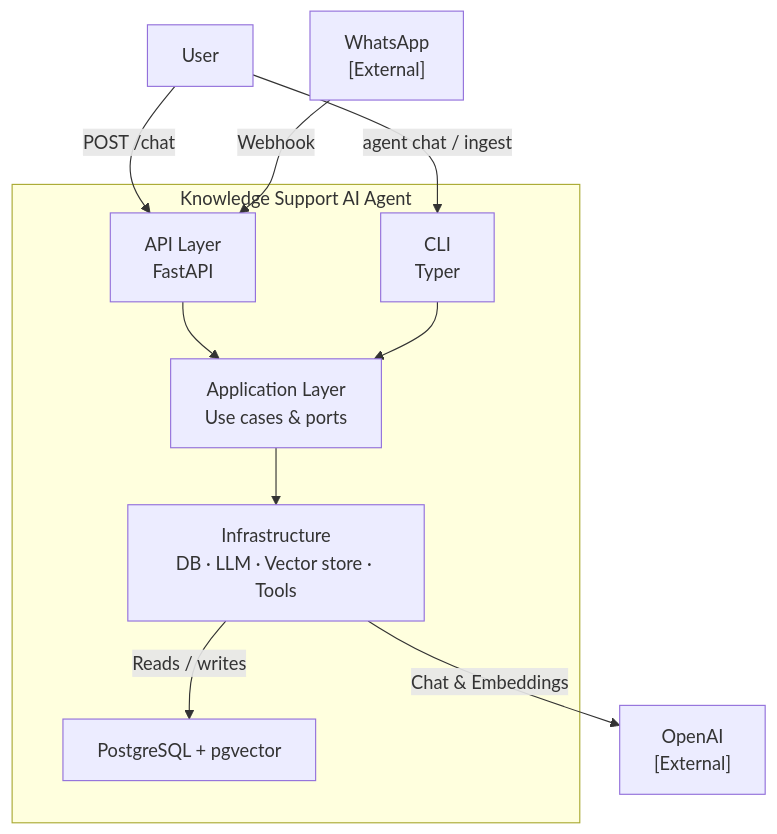
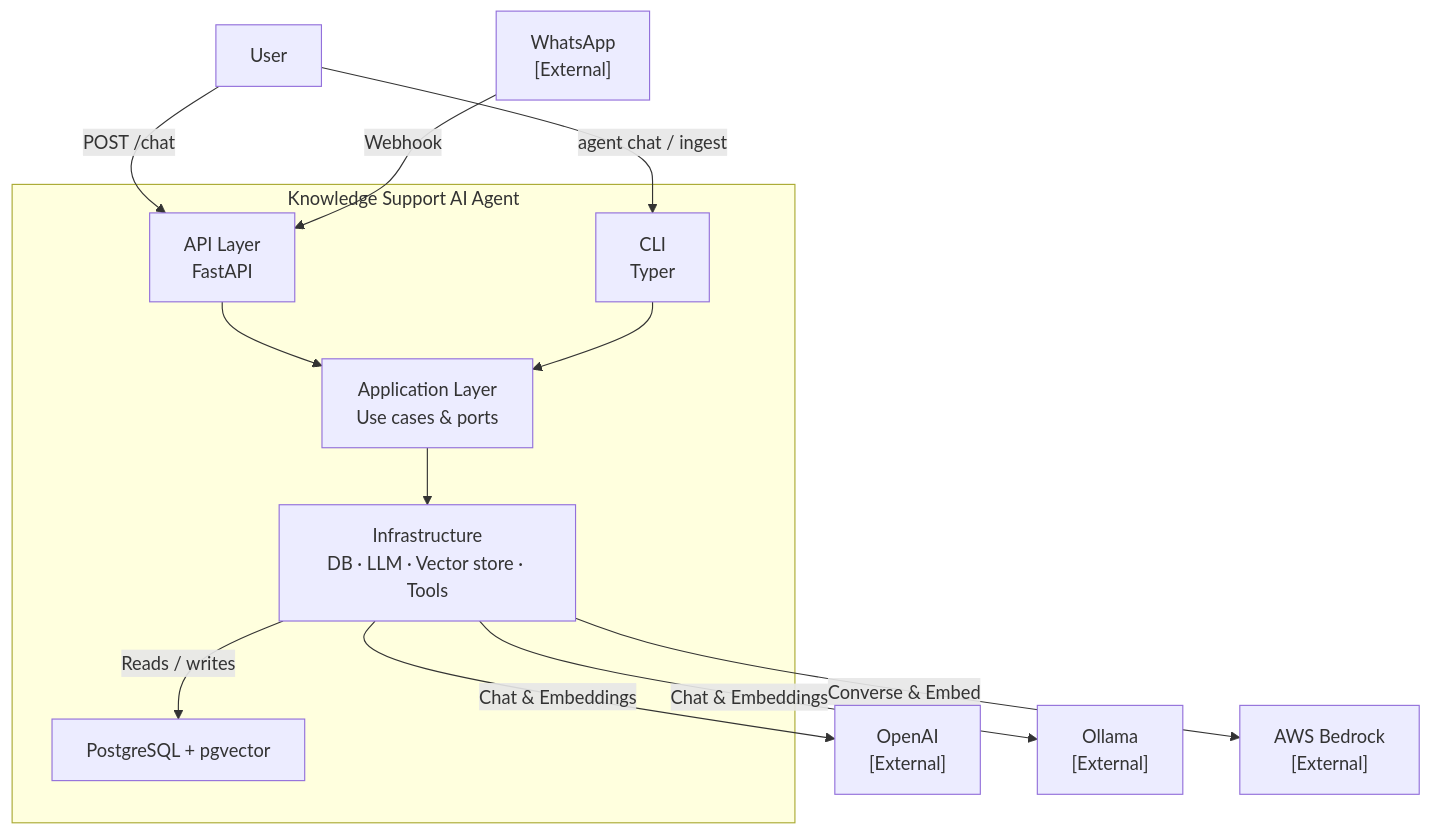
Before and after one commit to camercadop/knowledge-support-ai-agent: the diagram in README.md, drawn with Mermaid. The commit also changed other lines of this file and 20 other files, not shown here.

````diff
--- a/README.md
+++ b/README.md
@@ -36,23 +36,27 @@
 ```mermaid
 flowchart TB
     user["User"]
     whatsapp["WhatsApp\n[External]"]
     openai["OpenAI\n[External]"]
+    ollama["Ollama\n[External]"]
+    bedrock["AWS Bedrock\n[External]"]
 
     subgraph agent["Knowledge Support AI Agent"]
         api["API Layer\nFastAPI"]
         cli["CLI\nTyper"]
         app["Application Layer\nUse cases & ports"]
         infra["Infrastructure\nDB · LLM · Vector store · Tools"]
         db["PostgreSQL + pgvector"]
     end
 
     user -->|"POST /chat"| api
     user -->|"agent chat / ingest"| cli
     whatsapp -->|"Webhook"| api
     api --> app
     cli --> app
     app --> infra
     infra -->|"Chat & Embeddings"| openai
+    infra -->|"Chat & Embeddings"| ollama
+    infra -->|"Converse & Embed"| bedrock
     infra -->|"Reads / writes"| db
 ```
````
